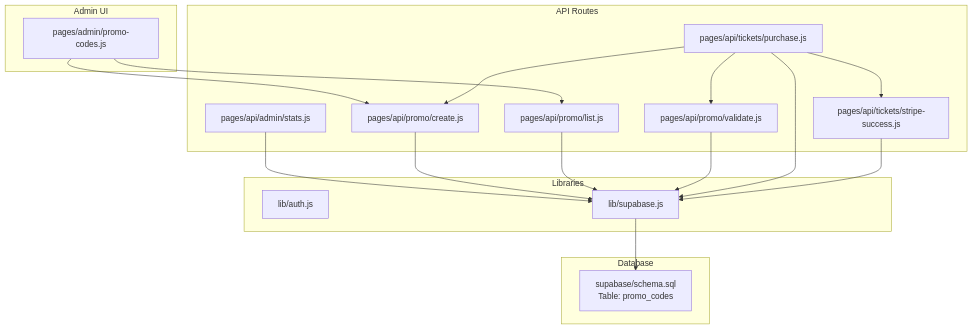
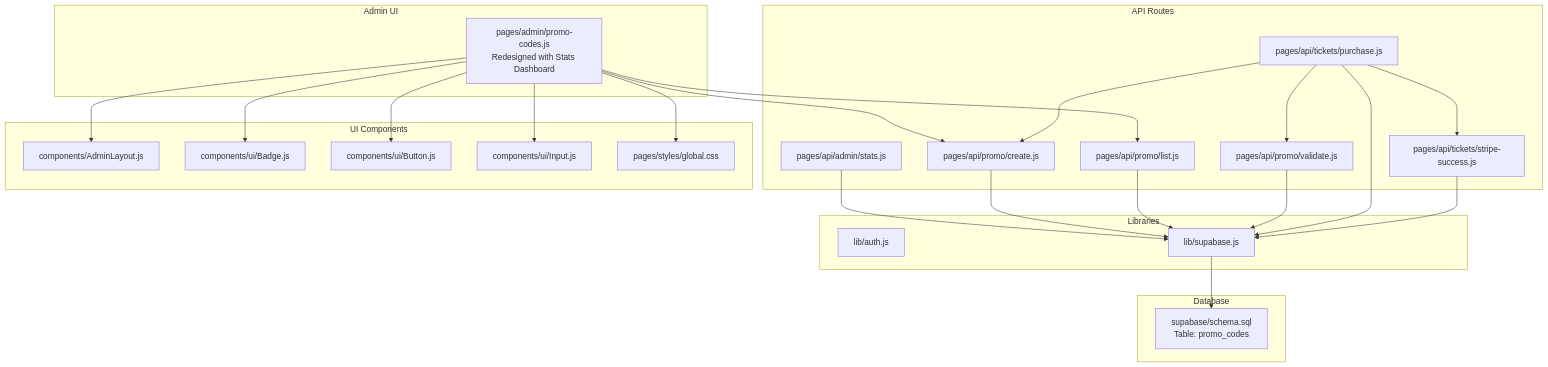
One commit to ObeyMuchechesi/TicketFlow changed the first of 3 diagrams in .qoder/repowiki/en/content/Admin Dashboard/Promo Code Management.md. Above: the diagram before and after it, drawn with Mermaid. The commit also changed other lines of this file and 12 other files, not shown here.

First line of the commit message:
docs: EcoCash schema columns and project documentation refresh

````diff
--- a/.qoder/repowiki/en/content/Admin Dashboard/Promo Code Management.md
+++ b/.qoder/repowiki/en/content/Admin Dashboard/Promo Code Management.md
@@ -35,33 +48,45 @@
 ```mermaid
 graph TB
 subgraph "Admin UI"
-A["pages/admin/promo-codes.js"]
+A["pages/admin/promo-codes.js<br/>Redesigned with Stats Dashboard"]
 end
 subgraph "API Routes"
 B["pages/api/promo/create.js"]
 C["pages/api/promo/list.js"]
 D["pages/api/promo/validate.js"]
 E["pages/api/tickets/purchase.js"]
 F["pages/api/tickets/stripe-success.js"]
 G["pages/api/admin/stats.js"]
 end
+subgraph "UI Components"
+H["components/AdminLayout.js"]
+I["components/ui/Badge.js"]
+J["components/ui/Button.js"]
+K["components/ui/Input.js"]
+L["pages/styles/global.css"]
+end
 subgraph "Libraries"
-H["lib/auth.js"]
-I["lib/supabase.js"]
+M["lib/auth.js"]
+N["lib/supabase.js"]
 end
 subgraph "Database"
-J["supabase/schema.sql<br/>Table: promo_codes"]
+O["supabase/schema.sql<br/>Table: promo_codes"]
 end
 A --> B
 A --> C
 E --> D
 E --> B
 E --> F
-G --> I
-B --> I
-C --> I
-D --> I
-E --> I
-F --> I
-I --> J
+G --> N
+B --> N
+C --> N
+D --> N
+E --> N
+F --> N
+N --> O
+A --> H
+A --> I
+A --> J
+A --> K
+A --> L
 ```
````
